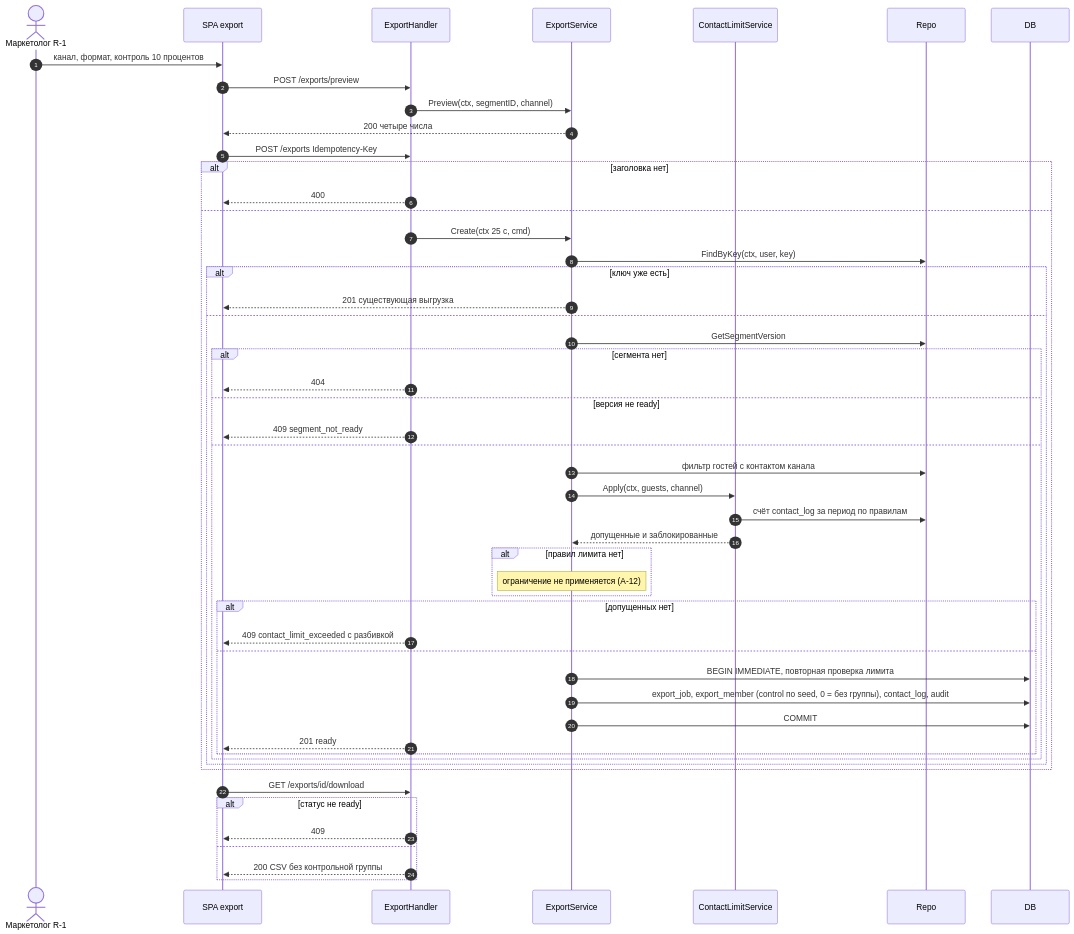
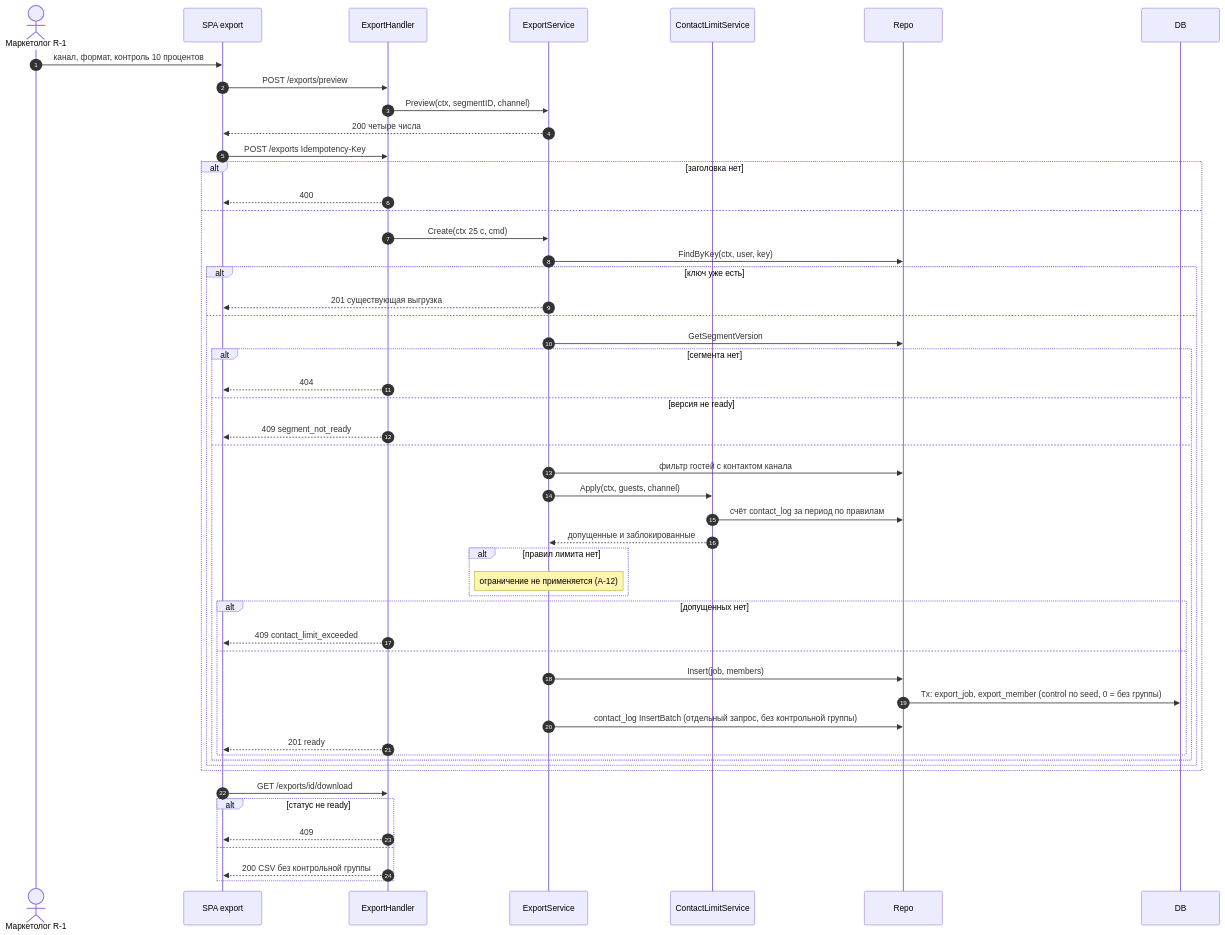
One commit to MangriMen/UCRP changed the fifth of 9 diagrams in docs/design/09-sequence-diagrams.md. Above: the diagram before and after it, drawn with Mermaid. The commit also changed other lines of this file and 5 other files, not shown here.

````diff
--- a/docs/design/09-sequence-diagrams.md
+++ b/docs/design/09-sequence-diagrams.md
@@ -196,54 +196,54 @@
 ```mermaid
 sequenceDiagram
   autonumber
   actor M as Маркетолог R-1
   participant SPA as SPA export
   participant H as ExportHandler
   participant S as ExportService
   participant L as ContactLimitService
   participant R as Repo
   participant DB as DB
   M->>SPA: канал, формат, контроль 10 процентов
   SPA->>H: POST /exports/preview
   H->>S: Preview(ctx, segmentID, channel)
   S-->>SPA: 200 четыре числа
   SPA->>H: POST /exports Idempotency-Key
   alt заголовка нет
     H-->>SPA: 400
   else
     H->>S: Create(ctx 25 с, cmd)
     S->>R: FindByKey(ctx, user, key)
     alt ключ уже есть
       S-->>SPA: 201 существующая выгрузка
     else
       S->>R: GetSegmentVersion
       alt сегмента нет
         H-->>SPA: 404
       else версия не ready
         H-->>SPA: 409 segment_not_ready
       else
         S->>R: фильтр гостей с контактом канала
         S->>L: Apply(ctx, guests, channel)
         L->>R: счёт contact_log за период по правилам
         L-->>S: допущенные и заблокированные
         alt правил лимита нет
           Note over S: ограничение не применяется (A-12)
         end
         alt допущенных нет
-          H-->>SPA: 409 contact_limit_exceeded с разбивкой
+          H-->>SPA: 409 contact_limit_exceeded
         else
-          S->>DB: BEGIN IMMEDIATE, повторная проверка лимита
-          S->>DB: export_job, export_member (control по seed, 0 = без группы), contact_log, audit
-          S->>DB: COMMIT
+          S->>R: Insert(job, members)
+          R->>DB: Tx: export_job, export_member (control по seed, 0 = без группы)
+          S->>R: contact_log InsertBatch (отдельный запрос, без контрольной группы)
           H-->>SPA: 201 ready
         end
       end
     end
   end
   SPA->>H: GET /exports/id/download
   alt статус не ready
     H-->>SPA: 409
   else
     H-->>SPA: 200 CSV без контрольной группы
   end
 ```
````
